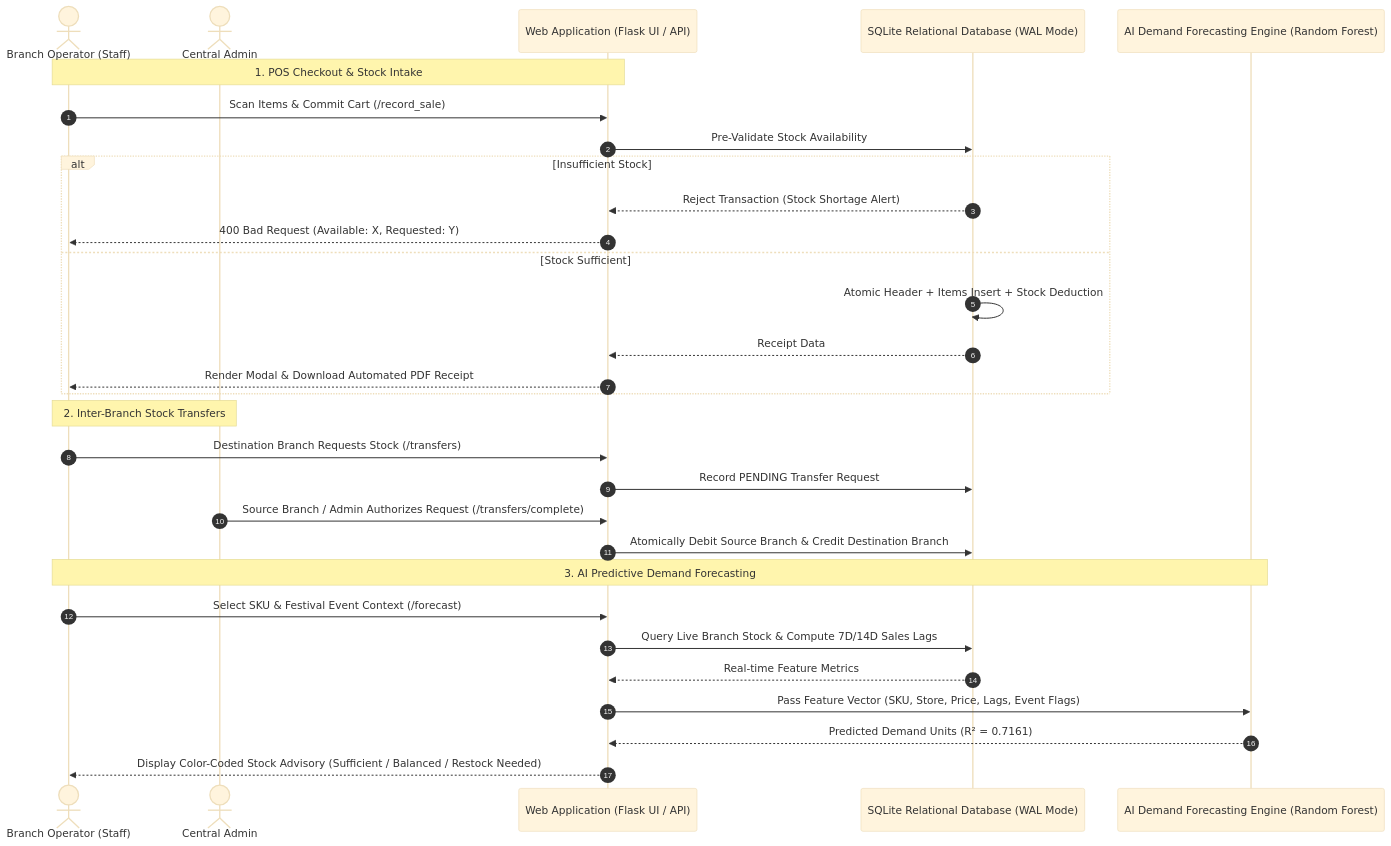
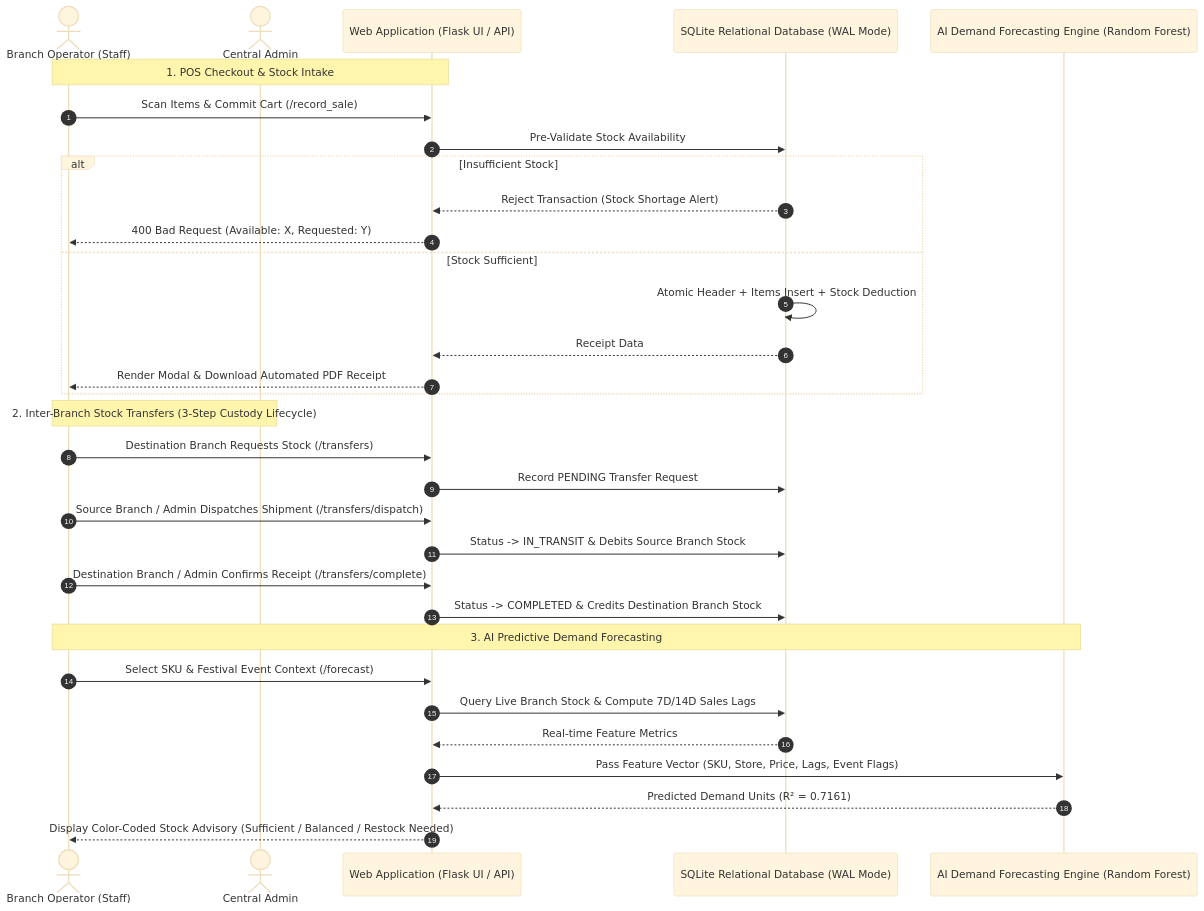
The diagram in README.md (renashadahal/makeupsalesprediction), drawn with Mermaid (base theme) before and after one commit. The commit also changed other lines of this file and 7 other files, not shown here.

````diff
--- a/README.md
+++ b/README.md
@@ -11,35 +11,37 @@
 ```mermaid
 sequenceDiagram
     autonumber
     actor Staff as Branch Operator (Staff)
     actor Admin as Central Admin
     participant Web as Web Application (Flask UI / API)
     participant DB as SQLite Relational Database (WAL Mode)
     participant ML as AI Demand Forecasting Engine (Random Forest)
 
     Note over Staff,Web: 1. POS Checkout & Stock Intake
     Staff->>Web: Scan Items & Commit Cart (/record_sale)
     Web->>DB: Pre-Validate Stock Availability
     alt Insufficient Stock
         DB-->>Web: Reject Transaction (Stock Shortage Alert)
         Web-->>Staff: 400 Bad Request (Available: X, Requested: Y)
     else Stock Sufficient
         DB->>DB: Atomic Header + Items Insert + Stock Deduction
         DB-->>Web: Receipt Data
         Web-->>Staff: Render Modal & Download Automated PDF Receipt
     end
 
-    Note over Staff,Admin: 2. Inter-Branch Stock Transfers
+    Note over Staff,Admin: 2. Inter-Branch Stock Transfers (3-Step Custody Lifecycle)
     Staff->>Web: Destination Branch Requests Stock (/transfers)
     Web->>DB: Record PENDING Transfer Request
-    Admin->>Web: Source Branch / Admin Authorizes Request (/transfers/complete)
-    Web->>DB: Atomically Debit Source Branch & Credit Destination Branch
+    Staff->>Web: Source Branch / Admin Dispatches Shipment (/transfers/dispatch)
+    Web->>DB: Status -> IN_TRANSIT & Debits Source Branch Stock
+    Staff->>Web: Destination Branch / Admin Confirms Receipt (/transfers/complete)
+    Web->>DB: Status -> COMPLETED & Credits Destination Branch Stock
 
     Note over Staff,ML: 3. AI Predictive Demand Forecasting
     Staff->>Web: Select SKU & Festival Event Context (/forecast)
     Web->>DB: Query Live Branch Stock & Compute 7D/14D Sales Lags
     DB-->>Web: Real-time Feature Metrics
     Web->>ML: Pass Feature Vector (SKU, Store, Price, Lags, Event Flags)
     ML-->>Web: Predicted Demand Units (R² = 0.7161)
     Web-->>Staff: Display Color-Coded Stock Advisory (Sufficient / Balanced / Restock Needed)
 ```
````
